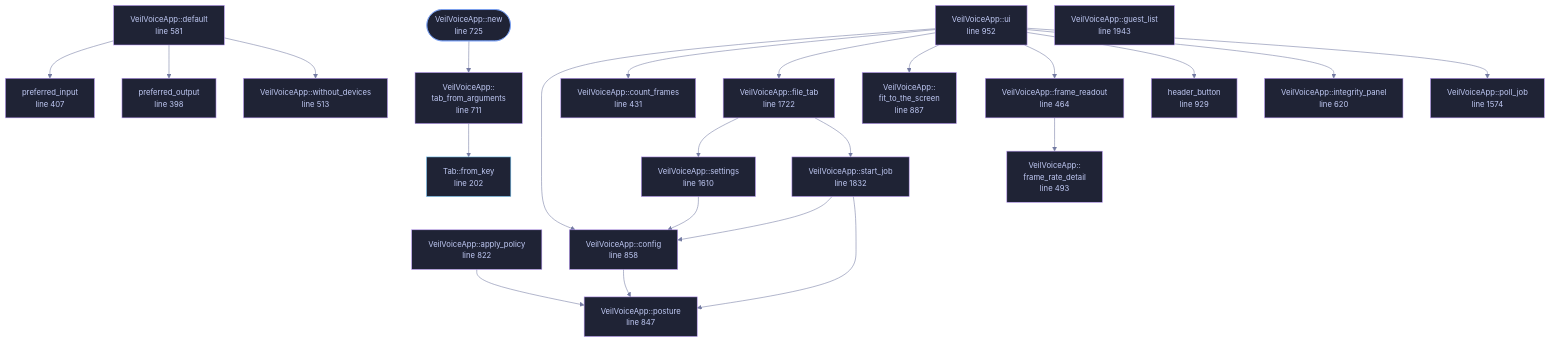
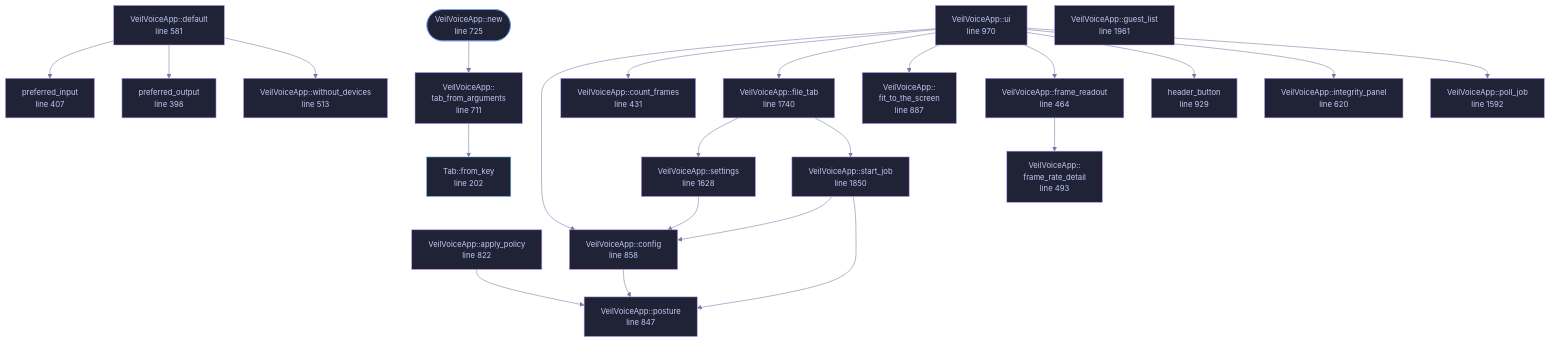
One commit to tilas01/veilvoice changed the diagram in docs/files/veilvoice-gui/app.md. Above: the diagram before and after it, drawn with Mermaid. The commit also changed other lines of this file and 96 other files, not shown here.

````diff
--- a/docs/files/veilvoice-gui/app.md
+++ b/docs/files/veilvoice-gui/app.md
@@ -192,75 +192,75 @@
 ```mermaid
 %%{init: {"theme":"base","themeVariables":{"background":"#1a1b26","primaryColor":"#1f2335","primaryTextColor":"#c0caf5","primaryBorderColor":"#7aa2f7","secondaryColor":"#16161e","tertiaryColor":"#16161e","lineColor":"#737aa2","textColor":"#c0caf5","mainBkg":"#1f2335","nodeBorder":"#7aa2f7","clusterBkg":"#16161e","clusterBorder":"#2f3549","fontFamily":"ui-monospace, SFMono-Regular, Consolas, monospace","fontSize":"14px"}}}%%
 flowchart TD
     n_from_key["Tab::from_key<br/>line 202"]
     n_preferred_output["preferred_output<br/>line 398"]
     n_preferred_input["preferred_input<br/>line 407"]
     n_count_frames["VeilVoiceApp::count_frames<br/>line 431"]
     n_frame_readout["VeilVoiceApp::frame_readout<br/>line 464"]
     n_frame_rate_detail["VeilVoiceApp::<br/>frame_rate_detail<br/>line 493"]
     n_without_devices["VeilVoiceApp::without_devices<br/>line 513"]
     n_default["VeilVoiceApp::default<br/>line 581"]
     n_integrity_panel["VeilVoiceApp::integrity_panel<br/>line 620"]
     n_tab_from_arguments["VeilVoiceApp::<br/>tab_from_arguments<br/>line 711"]
     n_new(["VeilVoiceApp::new<br/>line 725"])
     n_apply_policy["VeilVoiceApp::apply_policy<br/>line 822"]
     n_posture["VeilVoiceApp::posture<br/>line 847"]
     n_config["VeilVoiceApp::config<br/>line 858"]
     n_fit_to_the_screen["VeilVoiceApp::<br/>fit_to_the_screen<br/>line 887"]
     n_header_button["header_button<br/>line 929"]
-    n_ui["VeilVoiceApp::ui<br/>line 952"]
-    n_poll_job["VeilVoiceApp::poll_job<br/>line 1574"]
-    n_settings["VeilVoiceApp::settings<br/>line 1610"]
-    n_file_tab["VeilVoiceApp::file_tab<br/>line 1722"]
-    n_start_job["VeilVoiceApp::start_job<br/>line 1832"]
-    n_guest_list["VeilVoiceApp::guest_list<br/>line 1943"]
+    n_ui["VeilVoiceApp::ui<br/>line 970"]
+    n_poll_job["VeilVoiceApp::poll_job<br/>line 1592"]
+    n_settings["VeilVoiceApp::settings<br/>line 1628"]
+    n_file_tab["VeilVoiceApp::file_tab<br/>line 1740"]
+    n_start_job["VeilVoiceApp::start_job<br/>line 1850"]
+    n_guest_list["VeilVoiceApp::guest_list<br/>line 1961"]
     n_apply_policy --> n_posture
     n_config --> n_posture
     n_default --> n_preferred_input
     n_default --> n_preferred_output
     n_default --> n_without_devices
     n_file_tab --> n_settings
     n_file_tab --> n_start_job
     n_frame_readout --> n_frame_rate_detail
     n_new --> n_tab_from_arguments
     n_settings --> n_config
     n_start_job --> n_config
     n_start_job --> n_posture
     n_tab_from_arguments --> n_from_key
     n_ui --> n_config
     n_ui --> n_count_frames
     n_ui --> n_file_tab
     n_ui --> n_fit_to_the_screen
     n_ui --> n_frame_readout
     n_ui --> n_header_button
     n_ui --> n_integrity_panel
     n_ui --> n_poll_job
     click n_from_key href "https://github.com/tilas01/veilvoice/blob/main/crates/veilvoice-gui/src/app.rs#L202" "open the source"
     click n_preferred_output href "https://github.com/tilas01/veilvoice/blob/main/crates/veilvoice-gui/src/app.rs#L398" "open the source"
     click n_preferred_input href "https://github.com/tilas01/veilvoice/blob/main/crates/veilvoice-gui/src/app.rs#L407" "open the source"
     click n_count_frames href "https://github.com/tilas01/veilvoice/blob/main/crates/veilvoice-gui/src/app.rs#L431" "open the source"
     click n_frame_readout href "https://github.com/tilas01/veilvoice/blob/main/crates/veilvoice-gui/src/app.rs#L464" "open the source"
     click n_frame_rate_detail href "https://github.com/tilas01/veilvoice/blob/main/crates/veilvoice-gui/src/app.rs#L493" "open the source"
     click n_without_devices href "https://github.com/tilas01/veilvoice/blob/main/crates/veilvoice-gui/src/app.rs#L513" "open the source"
     click n_default href "https://github.com/tilas01/veilvoice/blob/main/crates/veilvoice-gui/src/app.rs#L581" "open the source"
     click n_integrity_panel href "https://github.com/tilas01/veilvoice/blob/main/crates/veilvoice-gui/src/app.rs#L620" "open the source"
     click n_tab_from_arguments href "https://github.com/tilas01/veilvoice/blob/main/crates/veilvoice-gui/src/app.rs#L711" "open the source"
     click n_new href "https://github.com/tilas01/veilvoice/blob/main/crates/veilvoice-gui/src/app.rs#L725" "open the source"
     click n_apply_policy href "https://github.com/tilas01/veilvoice/blob/main/crates/veilvoice-gui/src/app.rs#L822" "open the source"
     click n_posture href "https://github.com/tilas01/veilvoice/blob/main/crates/veilvoice-gui/src/app.rs#L847" "open the source"
     click n_config href "https://github.com/tilas01/veilvoice/blob/main/crates/veilvoice-gui/src/app.rs#L858" "open the source"
     click n_fit_to_the_screen href "https://github.com/tilas01/veilvoice/blob/main/crates/veilvoice-gui/src/app.rs#L887" "open the source"
     click n_header_button href "https://github.com/tilas01/veilvoice/blob/main/crates/veilvoice-gui/src/app.rs#L929" "open the source"
-    click n_ui href "https://github.com/tilas01/veilvoice/blob/main/crates/veilvoice-gui/src/app.rs#L952" "open the source"
-    click n_poll_job href "https://github.com/tilas01/veilvoice/blob/main/crates/veilvoice-gui/src/app.rs#L1574" "open the source"
-    click n_settings href "https://github.com/tilas01/veilvoice/blob/main/crates/veilvoice-gui/src/app.rs#L1610" "open the source"
-    click n_file_tab href "https://github.com/tilas01/veilvoice/blob/main/crates/veilvoice-gui/src/app.rs#L1722" "open the source"
-    click n_start_job href "https://github.com/tilas01/veilvoice/blob/main/crates/veilvoice-gui/src/app.rs#L1832" "open the source"
-    click n_guest_list href "https://github.com/tilas01/veilvoice/blob/main/crates/veilvoice-gui/src/app.rs#L1943" "open the source"
+    click n_ui href "https://github.com/tilas01/veilvoice/blob/main/crates/veilvoice-gui/src/app.rs#L970" "open the source"
+    click n_poll_job href "https://github.com/tilas01/veilvoice/blob/main/crates/veilvoice-gui/src/app.rs#L1592" "open the source"
+    click n_settings href "https://github.com/tilas01/veilvoice/blob/main/crates/veilvoice-gui/src/app.rs#L1628" "open the source"
+    click n_file_tab href "https://github.com/tilas01/veilvoice/blob/main/crates/veilvoice-gui/src/app.rs#L1740" "open the source"
+    click n_start_job href "https://github.com/tilas01/veilvoice/blob/main/crates/veilvoice-gui/src/app.rs#L1850" "open the source"
+    click n_guest_list href "https://github.com/tilas01/veilvoice/blob/main/crates/veilvoice-gui/src/app.rs#L1961" "open the source"
     classDef entry fill:#1f2335,stroke:#7aa2f7,color:#c0caf5
     class n_new entry
     classDef api fill:#1f2335,stroke:#7dcfff,color:#c0caf5
     class n_from_key api
     classDef helper fill:#1f2335,stroke:#bb9af7,color:#c0caf5
     class n_preferred_output,n_preferred_input,n_count_frames,n_frame_readout,n_frame_rate_detail,n_without_devices,n_default,n_integrity_panel,n_tab_from_arguments,n_apply_policy,n_posture,n_config,n_fit_to_the_screen,n_header_button,n_ui,n_poll_job,n_settings,n_file_tab,n_start_job,n_guest_list helper
 ```
````
